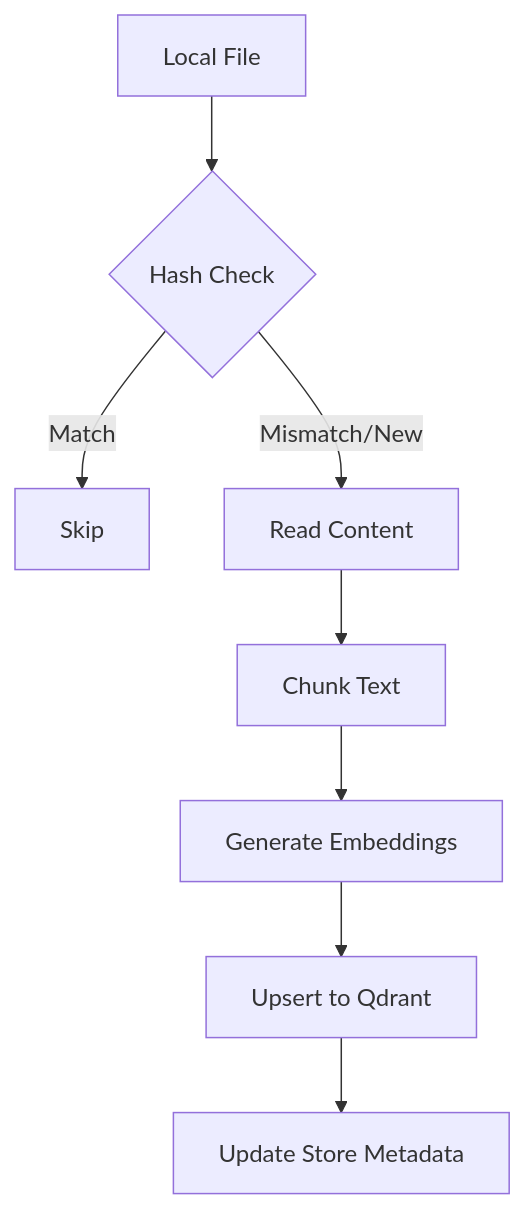
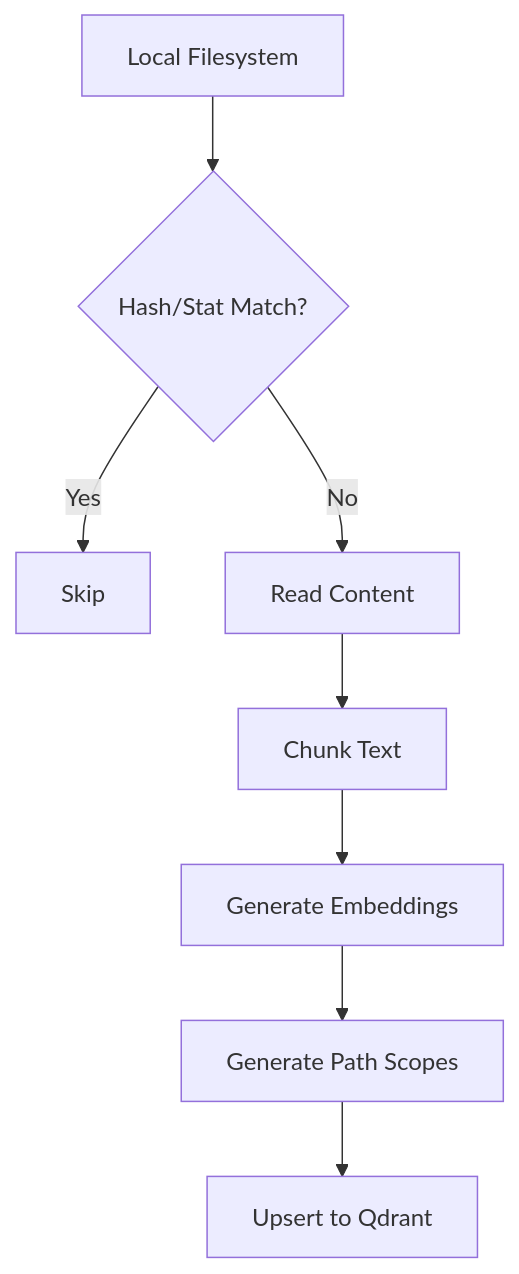
One commit to quantmind-br/mgrep changed the first of 2 diagrams in .ai/docs/data_flow_analysis.md. Above: the diagram before and after it, drawn with Mermaid. The commit also changed other lines of this file and 20 other files, not shown here.

````diff
--- a/.ai/docs/data_flow_analysis.md
+++ b/.ai/docs/data_flow_analysis.md
@@ -76,10 +68,10 @@
 ```mermaid
 graph TD
-    A[Local File] --> B{Hash Check}
-    B -- Match --> C[Skip]
-    B -- Mismatch/New --> D[Read Content]
+    A[Local Filesystem] --> B{Hash/Stat Match?}
+    B -- Yes --> C[Skip]
+    B -- No --> D[Read Content]
     D --> E[Chunk Text]
     E --> F[Generate Embeddings]
-    F --> G[Upsert to Qdrant]
-    G --> H[Update Store Metadata]
+    F --> G[Generate Path Scopes]
+    G --> H[Upsert to Qdrant]
 ```
````
